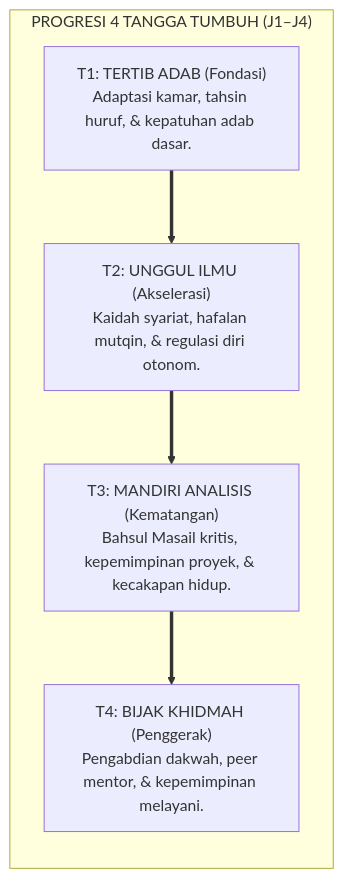
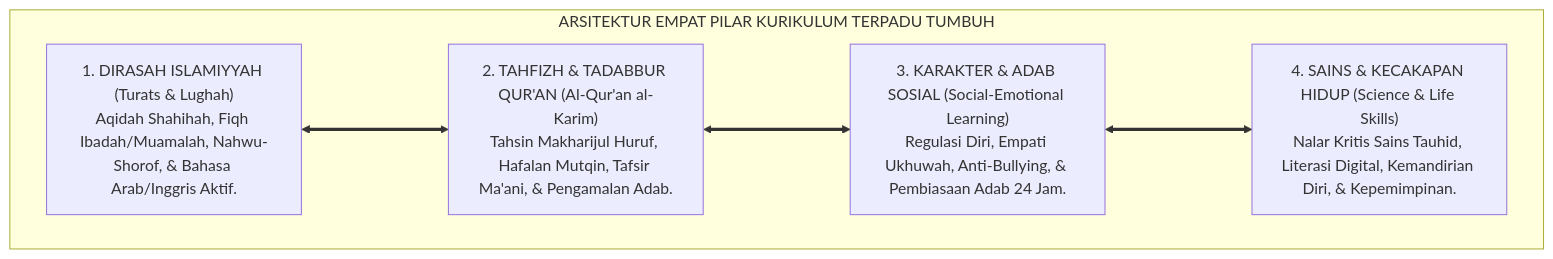
One commit to wandiapriliyandi/tumbuh changed the second of 3 diagrams in 02 Principles/02 Design Principles/P2-02-01-Prinsip-Desain-Kurikulum-Holistik.md. Above: the diagram before and after it, drawn with Mermaid. The commit also changed other lines of this file and 7 other files, not shown here.

````diff
--- a/02 Principles/02 Design Principles/P2-02-01-Prinsip-Desain-Kurikulum-Holistik.md
+++ b/02 Principles/02 Design Principles/P2-02-01-Prinsip-Desain-Kurikulum-Holistik.md
@@ -185,14 +113,15 @@
 ```mermaid
-graph LR
-    subgraph TanggaProgresiKurikulum["PROGRESI 4 TANGGA TUMBUH (J1–J4)"]
-        T1["T1: TERTIB ADAB (Fondasi)<br/>Adaptasi kamar, tahsin huruf, & kepatuhan adab dasar."]
+flowchart TD
+    subgraph ArsitekturKurikulumTUMBUH["ARSITEKTUR EMPAT PILAR KURIKULUM TERPADU TUMBUH"]
         
-        T2["T2: UNGGUL ILMU (Akselerasi)<br/>Kaidah syariat, hafalan mutqin, & regulasi diri otonom."]
+        P1_Dirasah["1. DIRASAH ISLAMIYYAH (Turats & Lughah)<br/>Aqidah Shahihah, Fiqh Ibadah/Muamalah, Nahwu-Shorof, & Bahasa Arab/Inggris Aktif."]
         
-        T3["T3: MANDIRI ANALISIS (Kematangan)<br/>Bahsul Masail kritis, kepemimpinan proyek, & kecakapan hidup."]
+        P2_Tahfizh["2. TAHFIZH & TADABBUR QUR'AN (Al-Qur'an al-Karim)<br/>Tahsin Makharijul Huruf, Hafalan Mutqin, Tafsir Ma'ani, & Pengamalan Adab."]
         
-        T4["T4: BIJAK KHIDMAH (Penggerak)<br/>Pengabdian dakwah, peer mentor, & kepemimpinan melayani."]
+        P3_SEL["3. KARAKTER & ADAB SOSIAL (Social-Emotional Learning)<br/>Regulasi Diri, Empati Ukhuwah, Anti-Bullying, & Pembiasaan Adab 24 Jam."]
         
-        T1 ==> T2 ==> T3 ==> T4
+        P4_Sains["4. SAINS & KECAKAPAN HIDUP (Science & Life Skills)<br/>Nalar Kritis Sains Tauhid, Literasi Digital, Kemandirian Diri, & Kepemimpinan."]
+        
+        P1_Dirasah <===> P2_Tahfizh <===> P3_SEL <===> P4_Sains
     end
 ```
````
